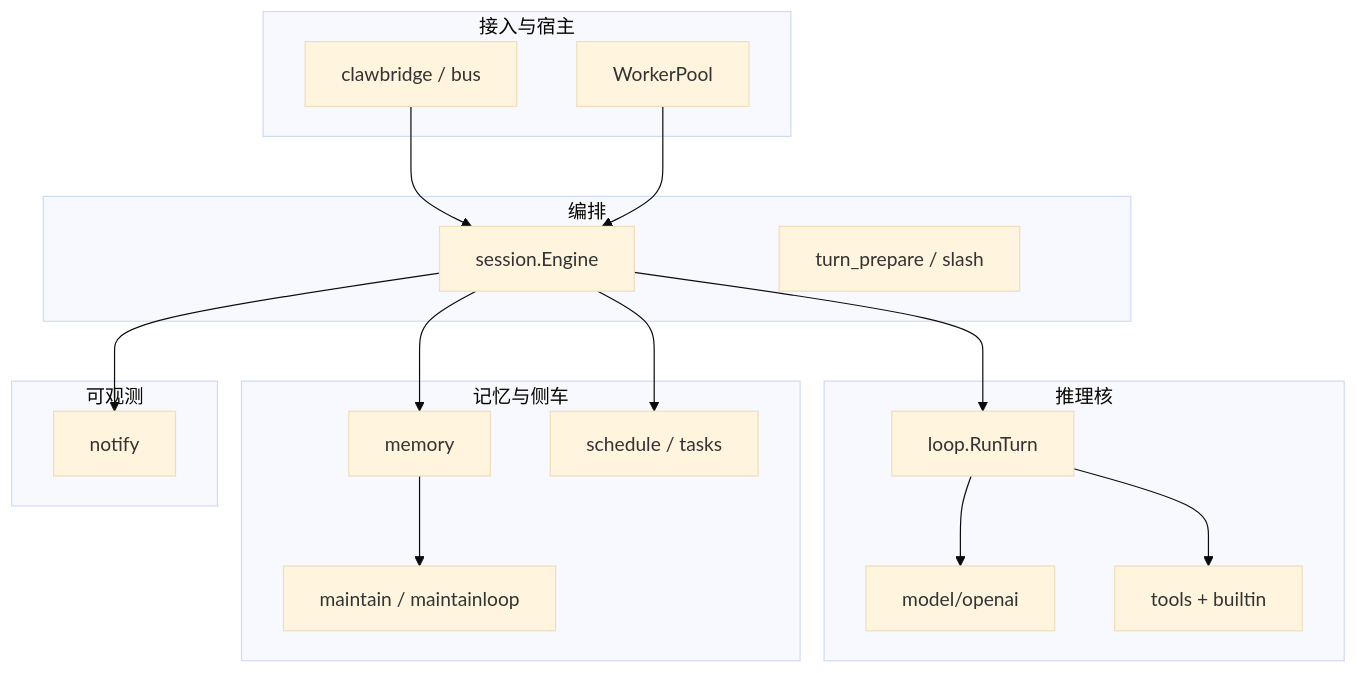
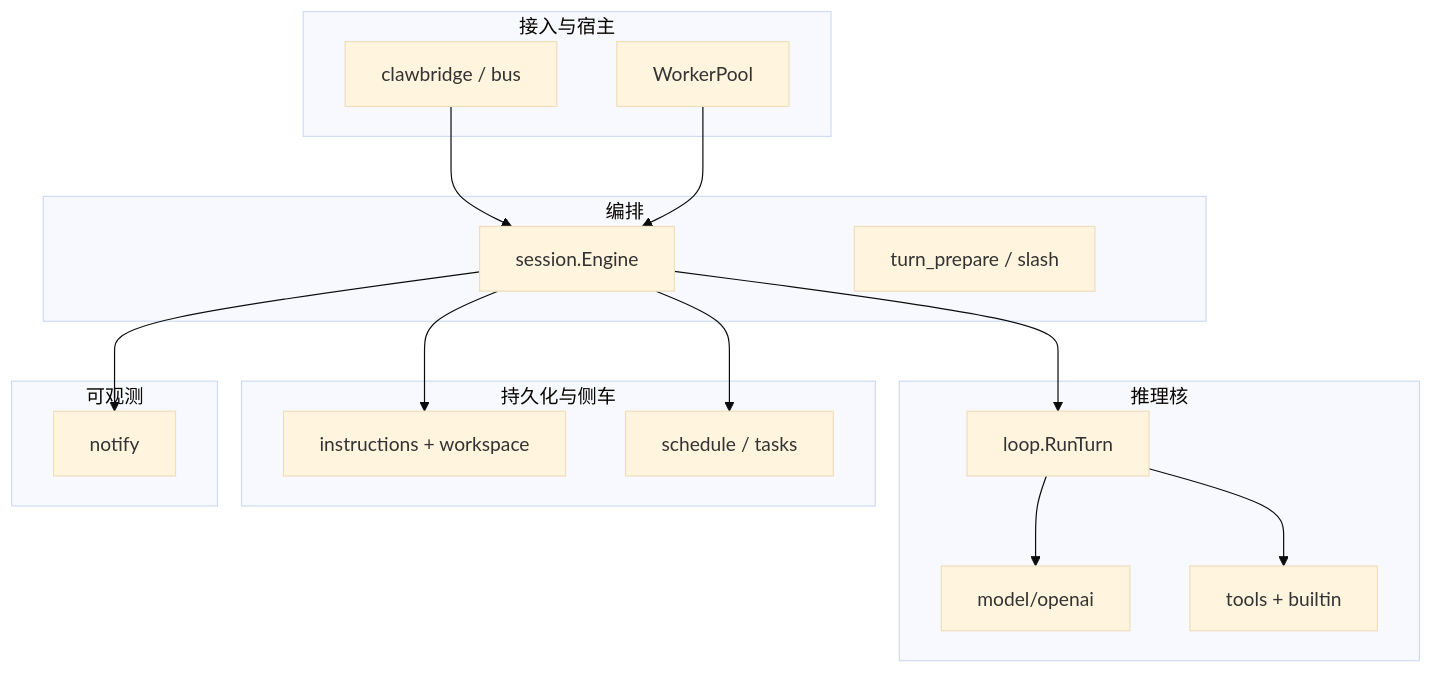
One commit to lengzhao/oneclaw changed the diagram in docs/architecture-modularity-simplification.md. Above: the diagram before and after it, drawn with Mermaid (base theme). The commit also changed other lines of this file and 50 other files, not shown here.

````diff
--- a/docs/architecture-modularity-simplification.md
+++ b/docs/architecture-modularity-simplification.md
@@ -17,33 +17,31 @@
 ```mermaid
 flowchart TB
   subgraph edge [接入与宿主]
     CB[clawbridge / bus]
     WP[WorkerPool]
   end
   subgraph orch [编排]
     ENG[session.Engine]
     TP[turn_prepare / slash]
   end
   subgraph core [推理核]
     LP[loop.RunTurn]
     MD[model/openai]
     TL[tools + builtin]
   end
-  subgraph plane [记忆与侧车]
-    MEM[memory]
+  subgraph plane [持久化与侧车]
+    INS[instructions + workspace]
     SCH[schedule / tasks]
-    MAINT[maintain / maintainloop]
   end
   subgraph obs [可观测]
     NT[notify]
   end
   CB --> ENG
   WP --> ENG
   ENG --> LP
   LP --> MD
   LP --> TL
-  ENG --> MEM
+  ENG --> INS
   ENG --> SCH
   ENG --> NT
-  MEM --> MAINT
 ```
````
